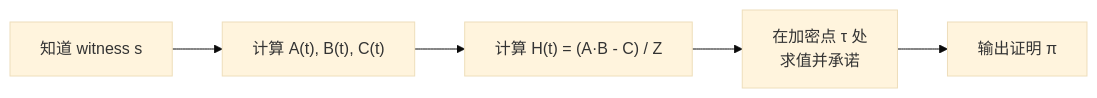
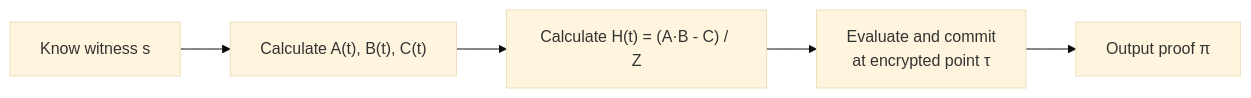
One commit to stars-labs/cryptograph-onboarding-trainning changed the first of 2 diagrams in docs/cryptography/zkp-deep-dive/04-proof-verification.mdx. Above: the diagram before and after it, drawn with Mermaid (base theme). The commit also changed other lines of this file and 15 other files, not shown here.

````diff
--- a/docs/cryptography/zkp-deep-dive/04-proof-verification.mdx
+++ b/docs/cryptography/zkp-deep-dive/04-proof-verification.mdx
@@ -20,7 +20,7 @@
 ```mermaid
 flowchart LR
-    W["知道 witness s"] --> POLY["计算 A(t), B(t), C(t)"]
-    POLY --> H["计算 H(t) = (A·B - C) / Z"]
-    H --> ENC["在加密点 τ 处<br/>求值并承诺"]
-    ENC --> PI["输出证明 π"]
+    W["Know witness s"] --> POLY["Calculate A(t), B(t), C(t)"]
+    POLY --> H["Calculate H(t) = (A·B - C) / Z"]
+    H --> ENC["Evaluate and commit<br/>at encrypted point τ"]
+    ENC --> PI["Output proof π"]
 ```
````
